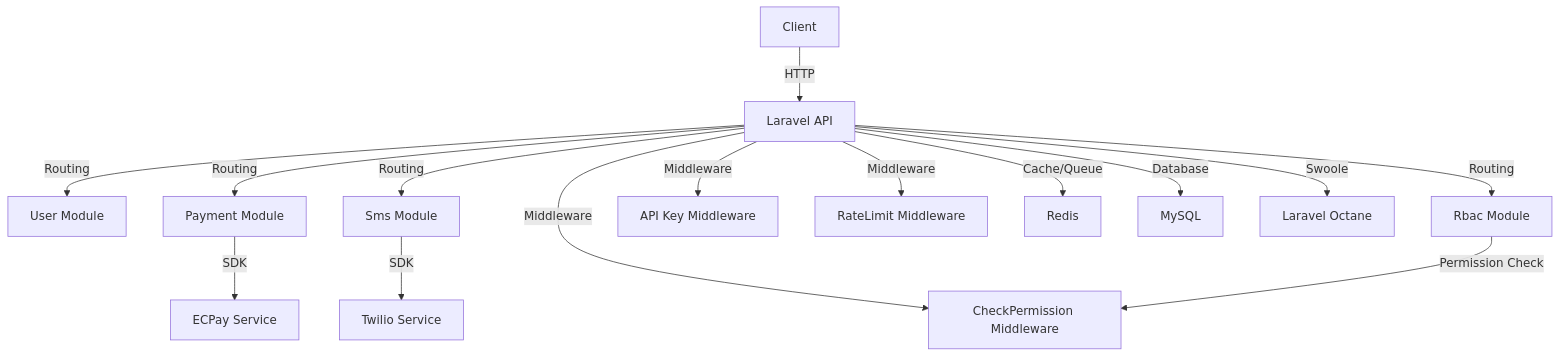
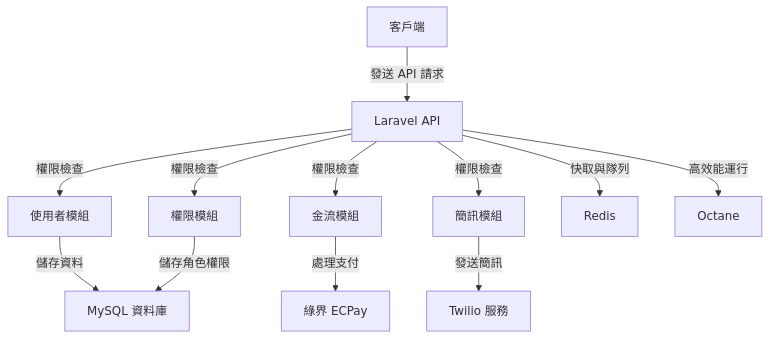
One commit to BpsEason/ModuCore changed the diagram in README.md. Above: the diagram before and after it, drawn with Mermaid. The commit also changed other lines of this file, not shown here.

````diff
--- a/README.md
+++ b/README.md
@@ -50,17 +76,14 @@
 ```mermaid
 graph TD
-    A[Client] -->|HTTP| B[Laravel API]
-    B -->|Routing| C[User Module]
-    B -->|Routing| D[Payment Module]
-    B -->|Routing| E[Sms Module]
-    B -->|Routing| F[Rbac Module]
-    B -->|Middleware| G[API Key Middleware]
-    B -->|Middleware| H[CheckPermission Middleware]
-    B -->|Middleware| I[RateLimit Middleware]
-    B -->|Cache/Queue| J[Redis]
-    B -->|Database| K[MySQL]
-    D -->|SDK| L[ECPay Service]
-    E -->|SDK| M[Twilio Service]
-    B -->|Swoole| N[Laravel Octane]
-    F -->|Permission Check| H
+    A[客戶端] -->|發送 API 請求| B[Laravel API]
+    B -->|權限檢查| C[使用者模組]
+    B -->|權限檢查| D[金流模組]
+    B -->|權限檢查| E[簡訊模組]
+    B -->|權限檢查| F[權限模組]
+    C -->|儲存資料| K[MySQL 資料庫]
+    D -->|處理支付| L[綠界 ECPay]
+    E -->|發送簡訊| M[Twilio 服務]
+    F -->|儲存角色權限| K
+    B -->|快取與隊列| J[Redis]
+    B -->|高效能運行| N[Octane]
 ```
````
